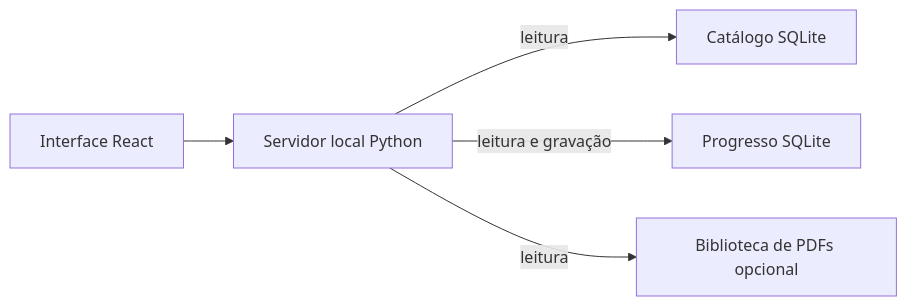
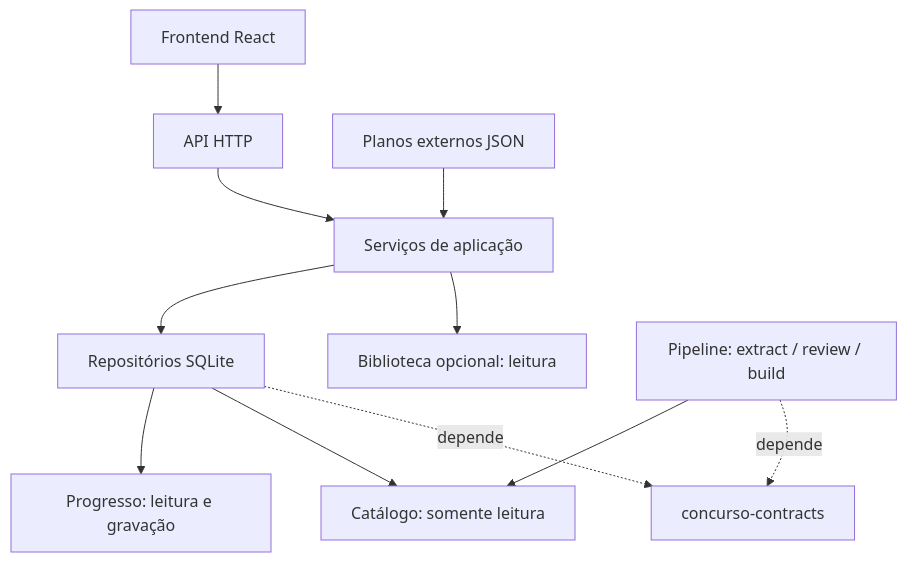
Before and after one commit to marcelopera/concurso: the diagram in docs/architecture.md, drawn with Mermaid. The commit also changed other lines of this file and 198 other files, not shown here.

````diff
--- a/docs/architecture.md
+++ b/docs/architecture.md
@@ -5,7 +5,13 @@
 ```mermaid
-graph LR
-  UI[Interface React] --> API[Servidor local Python]
-  API -->|leitura| C[Catálogo SQLite]
-  API -->|leitura e gravação| P[Progresso SQLite]
-  API -->|leitura| B[Biblioteca de PDFs opcional]
+graph TD
+  UI[Frontend React] --> HTTP[API HTTP]
+  HTTP --> S[Serviços de aplicação]
+  S --> R[Repositórios SQLite]
+  R --> P[Progresso: leitura e gravação]
+  R --> C[Catálogo: somente leitura]
+  S --> B[Biblioteca opcional: leitura]
+  Plans[Planos externos JSON] --> S
+  Pipeline[Pipeline: extract / review / build] --> C
+  Pipeline -. depende .-> Contract[concurso-contracts]
+  R -. depende .-> Contract
 ```
````
